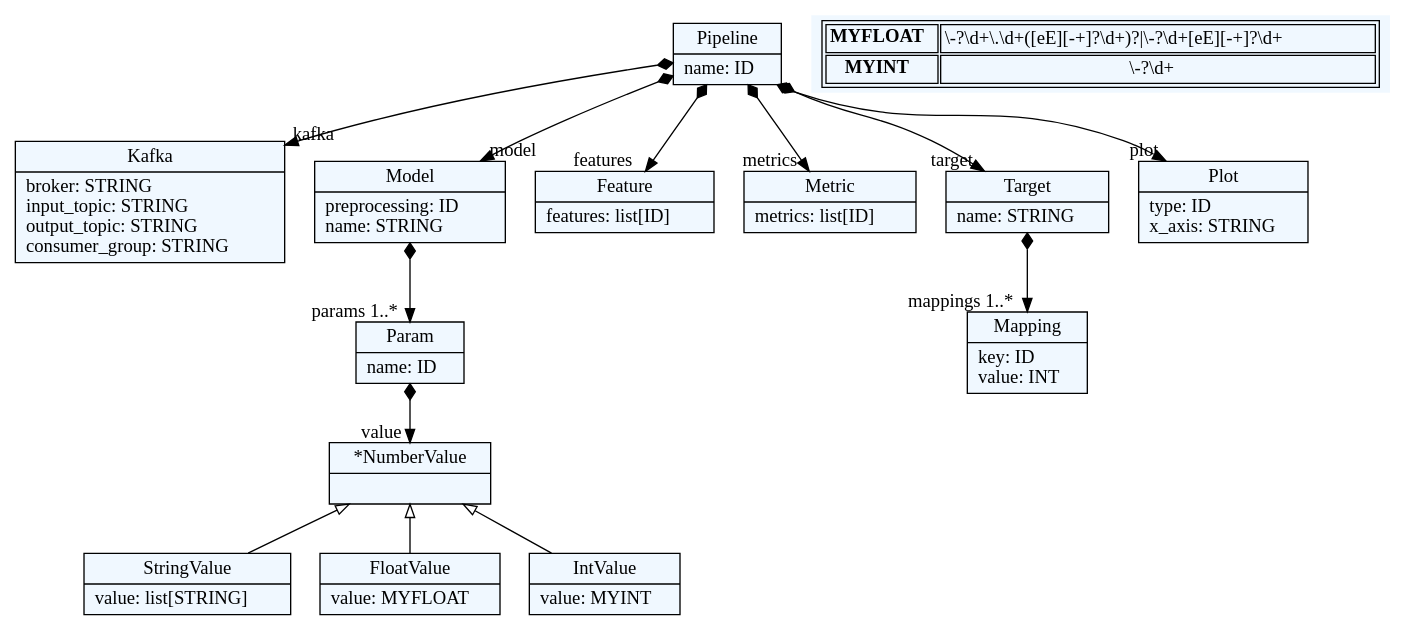
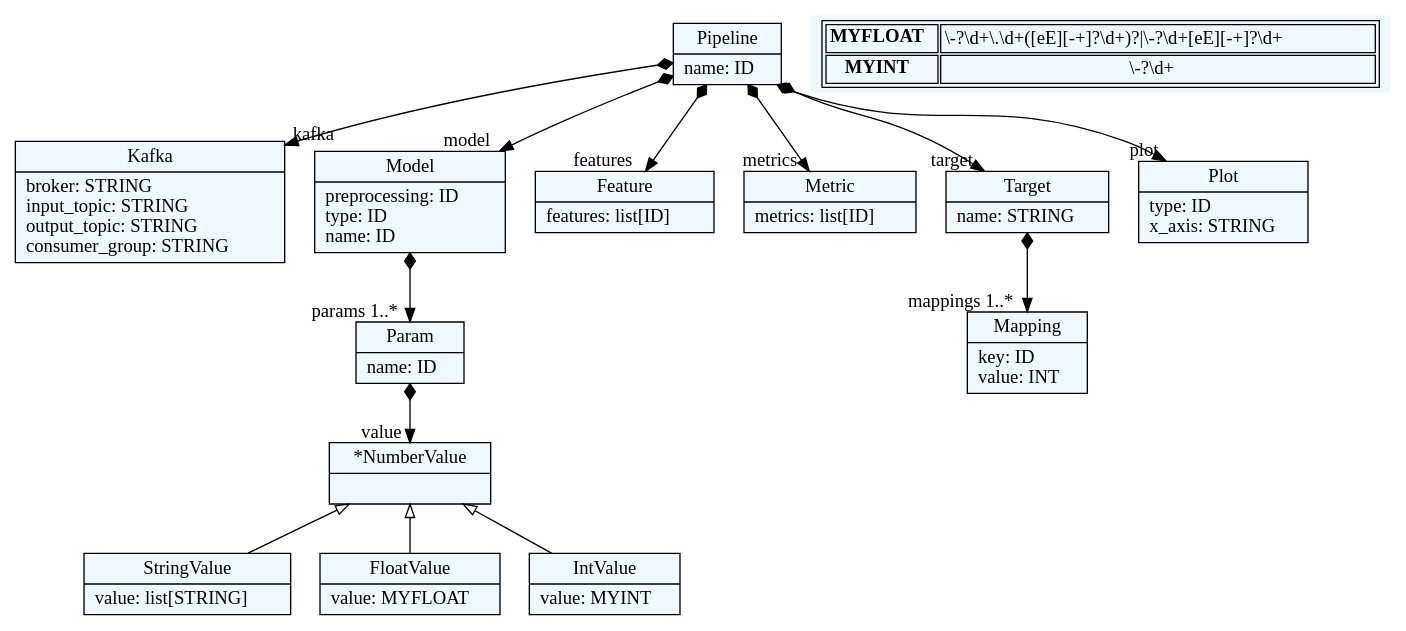
The diagram in wikimedia_dsl/jsl.dot (deepblue597/beaver), drawn with Graphviz before and after one commit. The commit also changed 4 other files, not shown here.

```diff
--- a/wikimedia_dsl/jsl.dot
+++ b/wikimedia_dsl/jsl.dot
@@ -1,64 +1,64 @@
 
     digraph textX {
     fontname = "Bitstream Vera Sans"
     fontsize = 8
     node[
         shape=record,
         style=filled,
         fillcolor=aliceblue
     ]
     nodesep = 0.3
     edge[dir=black,arrowtail=empty]
 
 
-130655181896352[ label="{Pipeline|name: ID\l}"]
+138603911434448[ label="{Pipeline|name: ID\l}"]
 
-130655181967616[ label="{Kafka|broker: STRING\linput_topic: STRING\loutput_topic: STRING\lconsumer_group: STRING\l}"]
+138603911432480[ label="{Kafka|broker: STRING\linput_topic: STRING\loutput_topic: STRING\lconsumer_group: STRING\l}"]
 
-130655181967520[ label="{Model|preprocessing: ID\lname: STRING\l}"]
+138603911516560[ label="{Model|preprocessing: ID\ltype: ID\lname: ID\l}"]
 
-130655181967568[ label="{Param|name: ID\l}"]
+138603911516464[ label="{Param|name: ID\l}"]
 
-130655181970736[ label="{*NumberValue|}"]
+138603911516512[ label="{*NumberValue|}"]
 
-130655181971888[ label="{StringValue|value: list[STRING]\l}"]
+138603911519200[ label="{StringValue|value: list[STRING]\l}"]
 
-130655181971312[ label="{FloatValue|value: MYFLOAT\l}"]
+138603911521408[ label="{FloatValue|value: MYFLOAT\l}"]
 
-130655181970688[ label="{IntValue|value: MYINT\l}"]
+138603911515216[ label="{IntValue|value: MYINT\l}"]
 
-130655185742512[ label="{Feature|features: list[ID]\l}"]
+138603911519584[ label="{Feature|features: list[ID]\l}"]
 
-130655181966608[ label="{Metric|metrics: list[ID]\l}"]
+138603911515888[ label="{Metric|metrics: list[ID]\l}"]
 
-130655181964928[ label="{Target|name: STRING\l}"]
+138603911521936[ label="{Target|name: STRING\l}"]
 
-130655181970352[ label="{Mapping|key: ID\lvalue: INT\l}"]
+138603911512192[ label="{Mapping|key: ID\lvalue: INT\l}"]
 
-130655181963872[ label="{Plot|type: ID\lx_axis: STRING\l}"]
+138603911513920[ label="{Plot|type: ID\lx_axis: STRING\l}"]
 
 
 
-130655181896352 -> 130655181967616[arrowtail=diamond, dir=both, headlabel="kafka "]
-130655181896352 -> 130655181967520[arrowtail=diamond, dir=both, headlabel="model "]
-130655181896352 -> 130655185742512[arrowtail=diamond, dir=both, headlabel="features "]
-130655181896352 -> 130655181966608[arrowtail=diamond, dir=both, headlabel="metrics "]
-130655181896352 -> 130655181964928[arrowtail=diamond, dir=both, headlabel="target "]
-130655181896352 -> 130655181963872[arrowtail=diamond, dir=both, headlabel="plot "]
-130655181967520 -> 130655181967568[arrowtail=diamond, dir=both, headlabel="params 1..*"]
-130655181967568 -> 130655181970736[arrowtail=diamond, dir=both, headlabel="value "]
-130655181970736 -> 130655181971312 [dir=back]
-130655181970736 -> 130655181970688 [dir=back]
-130655181970736 -> 130655181971888 [dir=back]
-130655181964928 -> 130655181970352[arrowtail=diamond, dir=both, headlabel="mappings 1..*"]
+138603911434448 -> 138603911432480[arrowtail=diamond, dir=both, headlabel="kafka "]
+138603911434448 -> 138603911516560[arrowtail=diamond, dir=both, headlabel="model "]
+138603911434448 -> 138603911519584[arrowtail=diamond, dir=both, headlabel="features "]
+138603911434448 -> 138603911515888[arrowtail=diamond, dir=both, headlabel="metrics "]
+138603911434448 -> 138603911521936[arrowtail=diamond, dir=both, headlabel="target "]
+138603911434448 -> 138603911513920[arrowtail=diamond, dir=both, headlabel="plot "]
+138603911516560 -> 138603911516464[arrowtail=diamond, dir=both, headlabel="params 1..*"]
+138603911516464 -> 138603911516512[arrowtail=diamond, dir=both, headlabel="value "]
+138603911516512 -> 138603911521408 [dir=back]
+138603911516512 -> 138603911515216 [dir=back]
+138603911516512 -> 138603911519200 [dir=back]
+138603911521936 -> 138603911512192[arrowtail=diamond, dir=both, headlabel="mappings 1..*"]
 match_rules [ shape=plaintext, label=< <table>
 	<tr>
 		<td><b>MYFLOAT</b></td><td>\-?\d+\.\d+([eE][-+]?\d+)?|\-?\d+[eE][-+]?\d+</td>
 	</tr>
 	<tr>
 		<td><b>MYINT</b></td><td>\-?\d+</td>
 	</tr>
 </table> >]
 
 
 }
```
